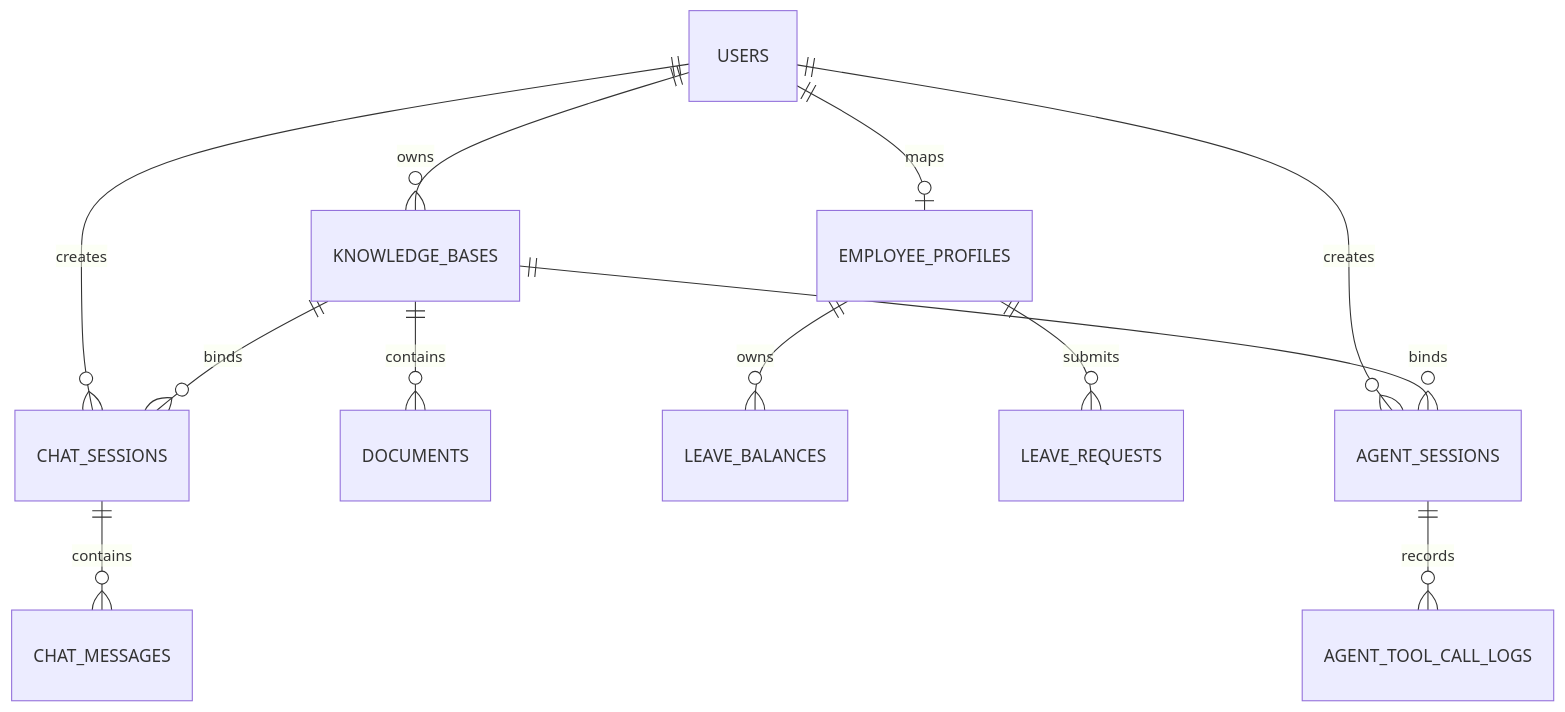
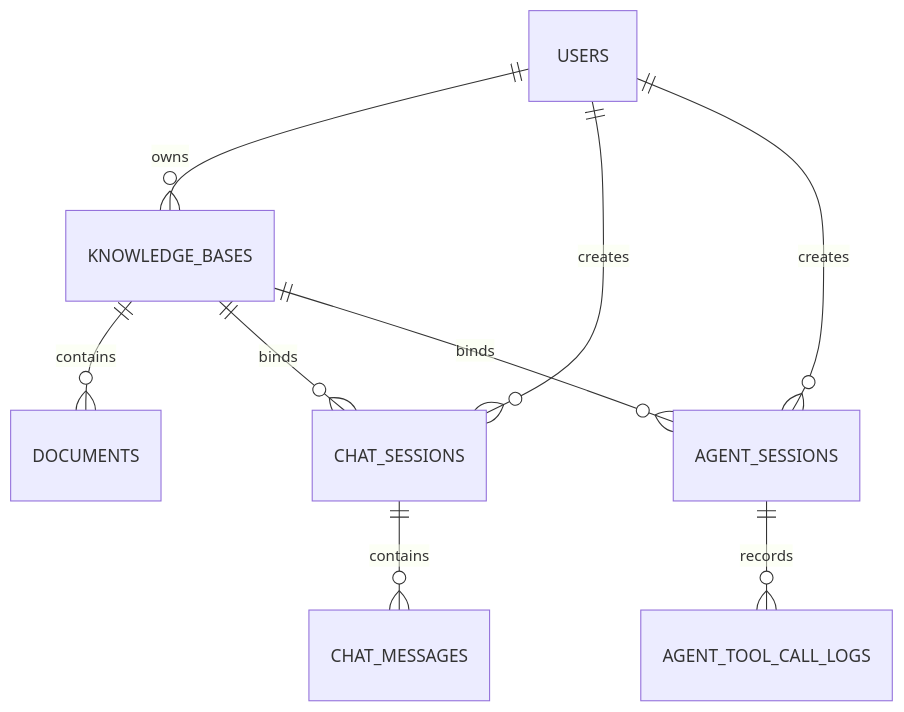
The diagram in docs/database-design.md (yabuki-jou/mini-rag-milvus), drawn with Mermaid before and after one commit. The commit also changed other lines of this file and 49 other files, not shown here.

````diff
--- a/docs/database-design.md
+++ b/docs/database-design.md
@@ -14,14 +17,11 @@
 ```mermaid
 erDiagram
     USERS ||--o{ KNOWLEDGE_BASES : owns
+    KNOWLEDGE_BASES ||--o{ DOCUMENTS : contains
     USERS ||--o{ CHAT_SESSIONS : creates
-    KNOWLEDGE_BASES ||--o{ DOCUMENTS : contains
     KNOWLEDGE_BASES ||--o{ CHAT_SESSIONS : binds
     CHAT_SESSIONS ||--o{ CHAT_MESSAGES : contains
-    USERS ||--o| EMPLOYEE_PROFILES : maps
-    EMPLOYEE_PROFILES ||--o{ LEAVE_BALANCES : owns
-    EMPLOYEE_PROFILES ||--o{ LEAVE_REQUESTS : submits
     USERS ||--o{ AGENT_SESSIONS : creates
     KNOWLEDGE_BASES ||--o{ AGENT_SESSIONS : binds
     AGENT_SESSIONS ||--o{ AGENT_TOOL_CALL_LOGS : records
 ```
````
